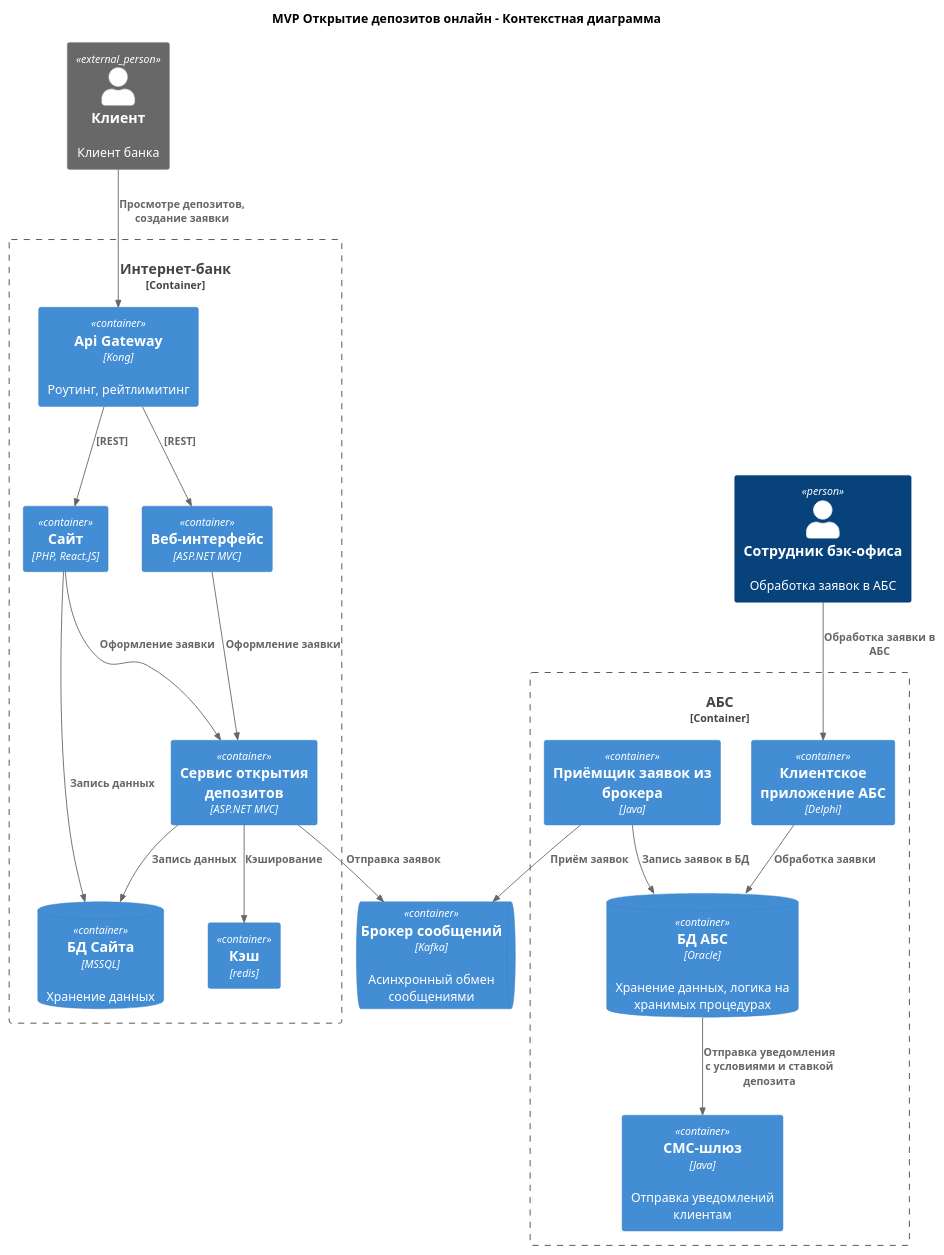
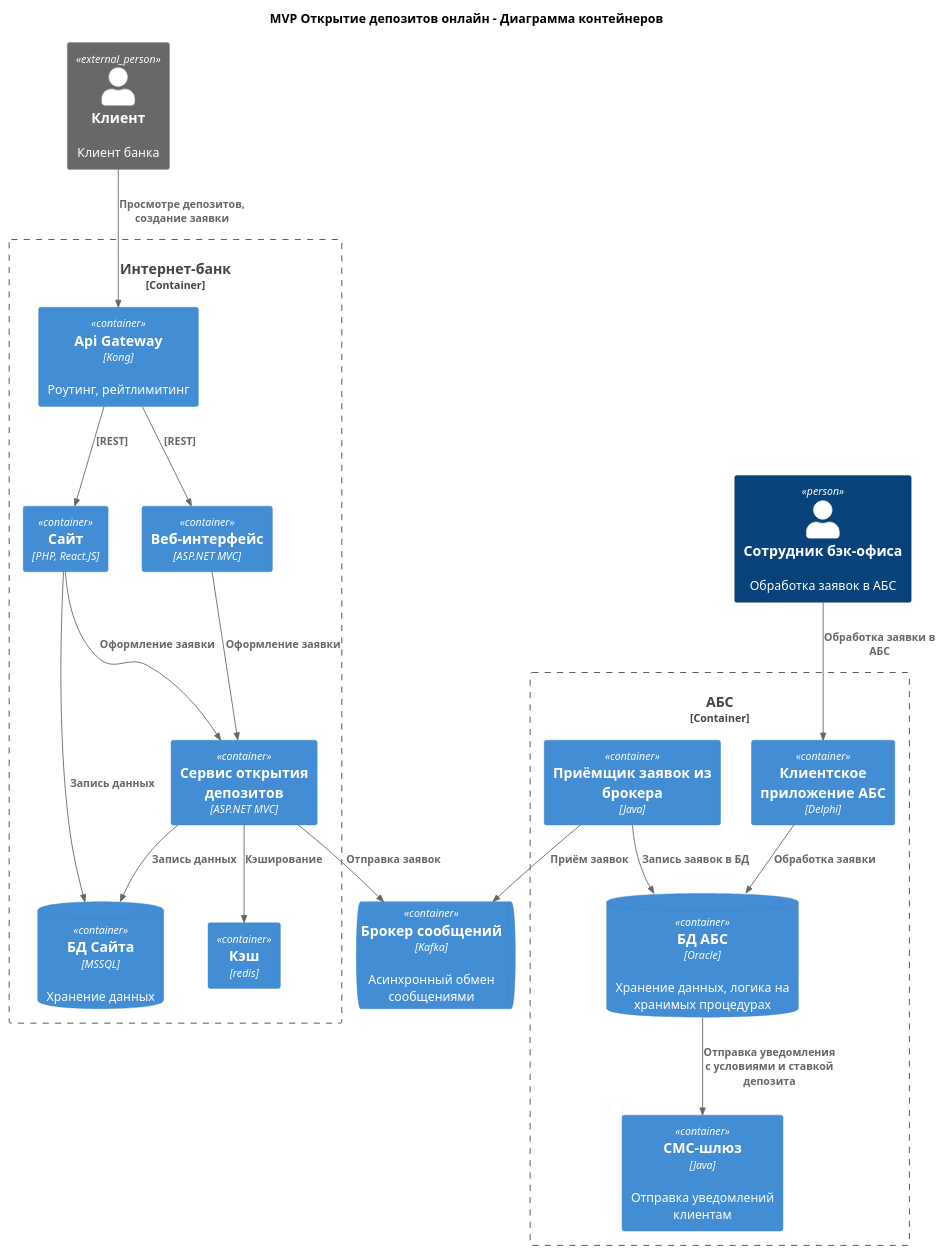
One commit to RasskazovR/architecture-standart changed the diagram in Task3/Контейнер.puml. Above: the diagram before and after it, drawn with PlantUML. The commit also changed 3 other files, not shown here.

Commit message:
fix diagram titles

```diff
--- a/Task3/Контейнер.puml
+++ b/Task3/Контейнер.puml
@@ -1,49 +1,49 @@
 @startuml
-title MVP Открытие депозитов онлайн - Контекстная диаграмма
+title MVP Открытие депозитов онлайн - Диаграмма контейнеров
 
 top to bottom direction
 
 !includeurl https://raw.githubusercontent.com/plantuml-stdlib/C4-PlantUML/refs/heads/master/C4_Container.puml
 
 Person_Ext(customer, "Клиент", "Клиент банка")
 Person(employeeBackOffice, "Сотрудник бэк-офиса", "Обработка заявок в АБС")
 
 Container_Boundary(abs, "АБС") {
     Container(absDesktopApp, "Клиентское приложение АБС", "Delphi", "")
     Container(absReceiver, "Приёмщик заявок из брокера", "Java", "")
     Container(smsGate, "СМС-шлюз", "Java", "Отправка уведомлений клиентам")
     ContainerDb(absDb, "БД АБС", "Oracle", "Хранение данных, логика на хранимых процедурах")
 }
 
 ContainerQueue(broker, "Брокер сообщений", "Kafka", "Асинхронный обмен сообщениями")
 
 Container_Boundary(internetBank, "Интернет-банк") {
     Container(site, "Сайт", "PHP, React.JS", "")
     Container(apiGateway, "Api Gateway", "Kong", "Роутинг, рейтлимитинг")
     Container(internetBankWeb, "Веб-интерфейс", "ASP.NET MVC", "")
     Container(depositService, "Сервис открытия депозитов", "ASP.NET MVC", "")
     Container(cache, "Кэш", "redis")
 
     ContainerDb(siteDb, "БД Сайта", "MSSQL", "Хранение данных")
 }
 
 
 Rel(employeeBackOffice, absDesktopApp, "Обработка заявки в АБС")
 Rel(absDesktopApp, absDb, "Обработка заявки")
 Rel(absReceiver, absDb, "Запись заявок в БД")
 Rel(absReceiver, broker, "Приём заявок")
 
 
 Rel(customer, apiGateway, "Просмотре депозитов, создание заявки")
 Rel(apiGateway, internetBankWeb, "[REST]",)
 Rel(apiGateway, site, "[REST]")
 
 Rel(site, siteDb, "Запись данных")
 Rel(site, depositService, "Оформление заявки")
 Rel(internetBankWeb, depositService, "Оформление заявки")
 Rel(depositService, siteDb, "Запись данных")
 Rel(depositService, broker, "Отправка заявок")
 Rel(depositService, cache, "Кэширование")
 Rel(absDb, smsGate, "Отправка уведомления с условиями и ставкой депозита")
 
 @enduml
```
